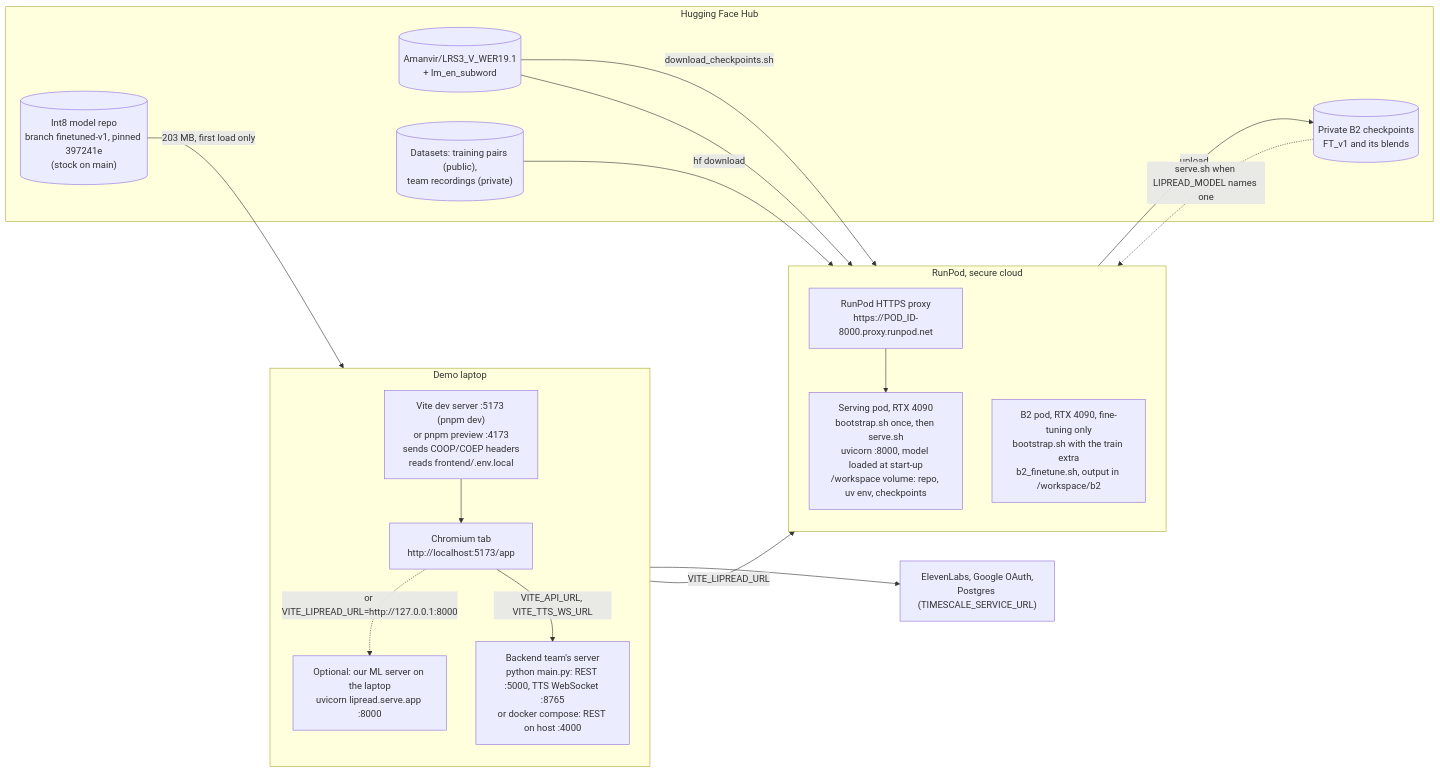
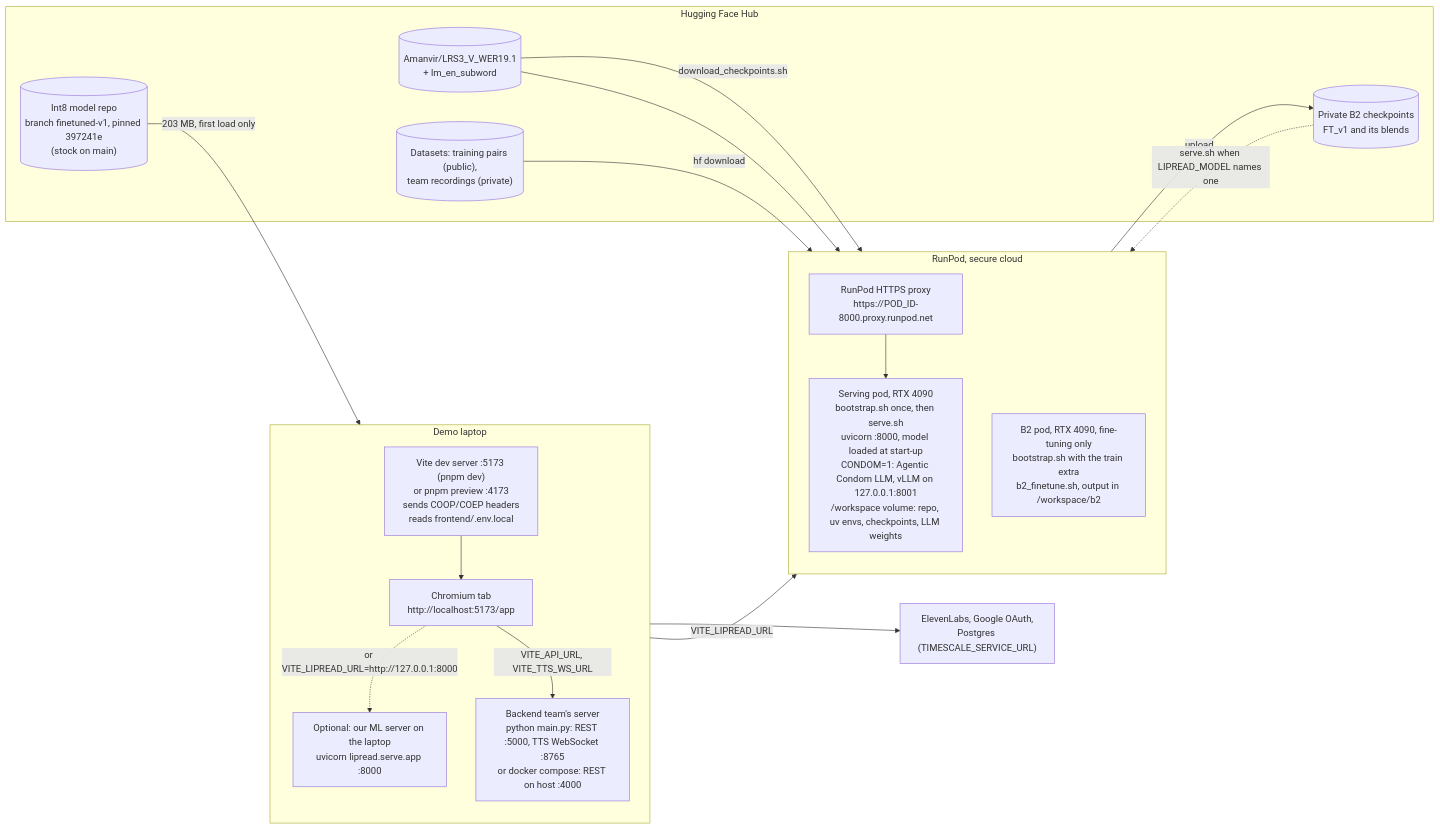
One commit to LMSAIH/stormhacks2026 changed the diagram in docs/architecture/deployment.md. Above: the diagram before and after it, drawn with Mermaid. The commit also changed other lines of this file and 11 other files, not shown here.

First line of the commit message:
docs(condom): design doc, diagrams; feat(ml): stricter bracket knob, app-eval A/B harness

````diff
--- a/docs/architecture/deployment.md
+++ b/docs/architecture/deployment.md
@@ -8,39 +8,39 @@
 ```mermaid
 flowchart LR
   subgraph laptop["Demo laptop"]
     direction TB
     chrome["Chromium tab<br/>http://localhost:5173/app"]
     vite["Vite dev server :5173 (pnpm dev)<br/>or pnpm preview :4173<br/>sends COOP/COEP headers<br/>reads frontend/.env.local"]
     backend["Backend team's server<br/>python main.py: REST :5000, TTS WebSocket :8765<br/>or docker compose: REST on host :4000"]
     localml["Optional: our ML server on the laptop<br/>uvicorn lipread.serve.app :8000"]
   end
 
   subgraph runpod["RunPod, secure cloud"]
     direction TB
     proxy["RunPod HTTPS proxy<br/>https://POD_ID-8000.proxy.runpod.net"]
-    serving["Serving pod, RTX 4090<br/>bootstrap.sh once, then serve.sh<br/>uvicorn :8000, model loaded at start-up<br/>/workspace volume: repo, uv env, checkpoints"]
+    serving["Serving pod, RTX 4090<br/>bootstrap.sh once, then serve.sh<br/>uvicorn :8000, model loaded at start-up<br/>CONDOM=1: Agentic Condom LLM, vLLM on 127.0.0.1:8001<br/>/workspace volume: repo, uv envs, checkpoints, LLM weights"]
     b2pod["B2 pod, RTX 4090, fine-tuning only<br/>bootstrap.sh with the train extra<br/>b2_finetune.sh, output in /workspace/b2"]
   end
 
   subgraph hub["Hugging Face Hub"]
     model[("Int8 model repo<br/>branch finetuned-v1, pinned 397241e<br/>(stock on main)")]
     ckpts[("Amanvir/LRS3_V_WER19.1<br/>+ lm_en_subword")]
     b2ckpts[("Private B2 checkpoints<br/>FT_v1 and its blends")]
     data[("Datasets: training pairs (public),<br/>team recordings (private)")]
   end
 
   ext["ElevenLabs, Google OAuth,<br/>Postgres (TIMESCALE_SERVICE_URL)"]
 
   model -->|"203 MB, first load only"| chrome
   vite --> chrome
   chrome -->|"VITE_LIPREAD_URL"| proxy
   proxy --> serving
   chrome -.->|"or VITE_LIPREAD_URL=http://127.0.0.1:8000"| localml
   chrome -->|"VITE_API_URL, VITE_TTS_WS_URL"| backend
   backend --> ext
   ckpts -->|"download_checkpoints.sh"| serving
   ckpts --> b2pod
   data -->|"hf download"| b2pod
   b2pod -->|"upload"| b2ckpts
   b2ckpts -.->|"serve.sh when LIPREAD_MODEL names one"| serving
 ```
````
